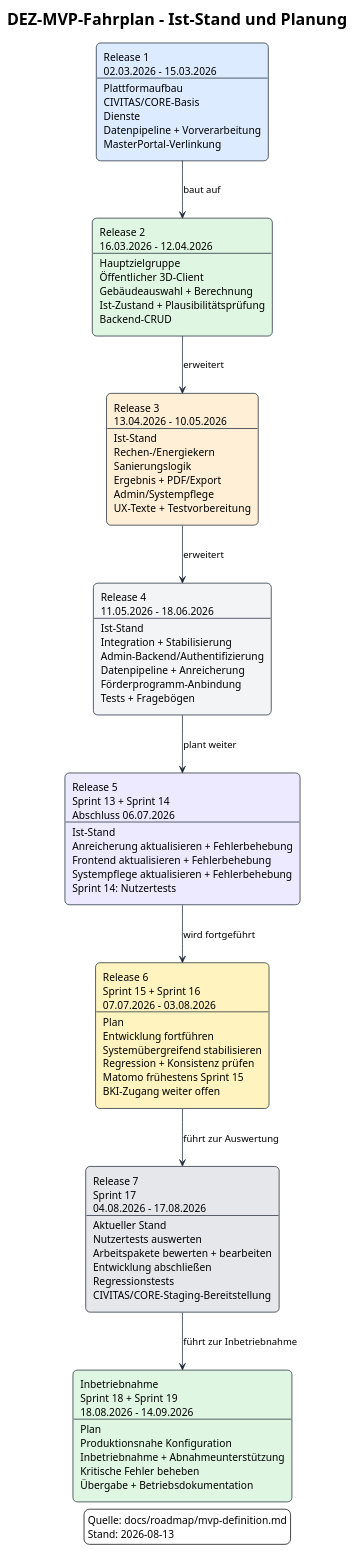
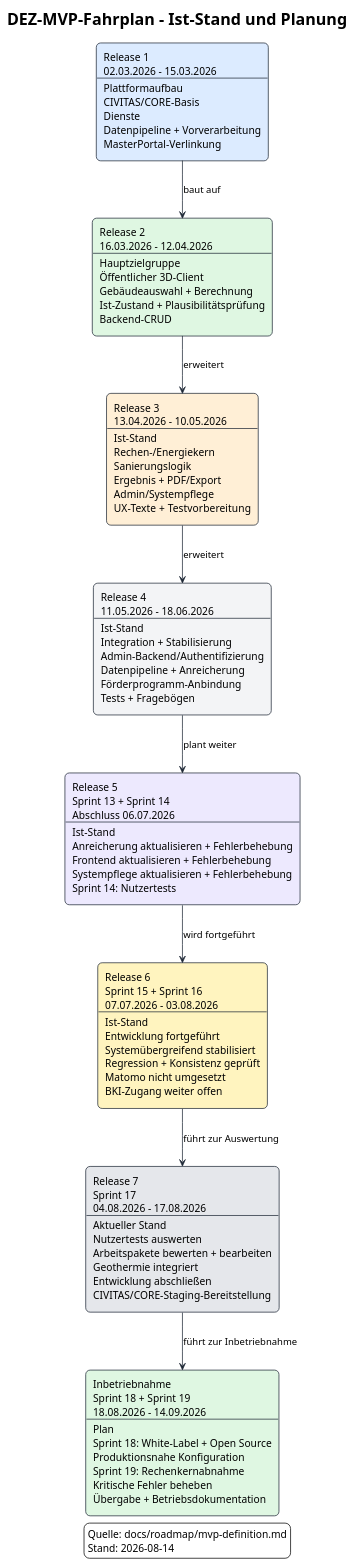
Before and after one commit to csi-FOXBYTE/Regensburg_DigitalerEnergieZwilling_Backend: the diagram in docs/roadmap/raw/mvp-roadmap.puml, drawn with PlantUML. The commit also changed 14 other files, not shown here.

Commit message:
docs: updated documentation and roadmap

```diff
--- a/docs/roadmap/raw/mvp-roadmap.puml
+++ b/docs/roadmap/raw/mvp-roadmap.puml
@@ -1,44 +1,44 @@
 @startuml
 !theme plain
 
 title DEZ-MVP-Fahrplan - Ist-Stand und Planung
 top to bottom direction
 
 skinparam shadowing false
 skinparam defaultFontName Arial
 skinparam rectangle {
   RoundCorner 12
   BorderColor #1F2937
 }
 skinparam ArrowColor #1F2937
 
 rectangle "Release 1\n02.03.2026 - 15.03.2026\n---\nPlattformaufbau\nCIVITAS/CORE-Basis\nDienste\nDatenpipeline + Vorverarbeitung\nMasterPortal-Verlinkung" as R1 #DCEBFF
 
 rectangle "Release 2\n16.03.2026 - 12.04.2026\n---\nHauptzielgruppe\nÖffentlicher 3D-Client\nGebäudeauswahl + Berechnung\nIst-Zustand + Plausibilitätsprüfung\nBackend-CRUD" as R2 #DFF7E2
 
 rectangle "Release 3\n13.04.2026 - 10.05.2026\n---\nIst-Stand\nRechen-/Energiekern\nSanierungslogik\nErgebnis + PDF/Export\nAdmin/Systempflege\nUX-Texte + Testvorbereitung" as R3 #FFEFD6
 
 rectangle "Release 4\n11.05.2026 - 18.06.2026\n---\nIst-Stand\nIntegration + Stabilisierung\nAdmin-Backend/Authentifizierung\nDatenpipeline + Anreicherung\nFörderprogramm-Anbindung\nTests + Fragebögen" as R4 #F3F4F6
 
 rectangle "Release 5\nSprint 13 + Sprint 14\nAbschluss 06.07.2026\n---\nIst-Stand\nAnreicherung aktualisieren + Fehlerbehebung\nFrontend aktualisieren + Fehlerbehebung\nSystempflege aktualisieren + Fehlerbehebung\nSprint 14: Nutzertests" as R5 #EDE9FE
 
-rectangle "Release 6\nSprint 15 + Sprint 16\n07.07.2026 - 03.08.2026\n---\nPlan\nEntwicklung fortführen\nSystemübergreifend stabilisieren\nRegression + Konsistenz prüfen\nMatomo frühestens Sprint 15\nBKI-Zugang weiter offen" as R6 #FFF4BF
+rectangle "Release 6\nSprint 15 + Sprint 16\n07.07.2026 - 03.08.2026\n---\nIst-Stand\nEntwicklung fortgeführt\nSystemübergreifend stabilisiert\nRegression + Konsistenz geprüft\nMatomo nicht umgesetzt\nBKI-Zugang weiter offen" as R6 #FFF4BF
 
-rectangle "Release 7\nSprint 17\n04.08.2026 - 17.08.2026\n---\nAktueller Stand\nNutzertests auswerten\nArbeitspakete bewerten + bearbeiten\nEntwicklung abschließen\nRegressionstests\nCIVITAS/CORE-Staging-Bereitstellung" as R7 #E5E7EB
+rectangle "Release 7\nSprint 17\n04.08.2026 - 17.08.2026\n---\nAktueller Stand\nNutzertests auswerten\nArbeitspakete bewerten + bearbeiten\nGeothermie integriert\nEntwicklung abschließen\nCIVITAS/CORE-Staging-Bereitstellung" as R7 #E5E7EB
 
-rectangle "Inbetriebnahme\nSprint 18 + Sprint 19\n18.08.2026 - 14.09.2026\n---\nPlan\nProduktionsnahe Konfiguration\nInbetriebnahme + Abnahmeunterstützung\nKritische Fehler beheben\nÜbergabe + Betriebsdokumentation" as IB #DFF7E2
+rectangle "Inbetriebnahme\nSprint 18 + Sprint 19\n18.08.2026 - 14.09.2026\n---\nPlan\nSprint 18: White-Label + Open Source\nProduktionsnahe Konfiguration\nSprint 19: Rechenkernabnahme\nKritische Fehler beheben\nÜbergabe + Betriebsdokumentation" as IB #DFF7E2
 
 R1 --> R2 : baut auf
 R2 --> R3 : erweitert
 R3 --> R4 : erweitert
 R4 --> R5 : plant weiter
 R5 --> R6 : wird fortgeführt
 R6 --> R7 : führt zur Auswertung
 R7 --> IB : führt zur Inbetriebnahme
 
 legend right
   Quelle: docs/roadmap/mvp-definition.md
-  Stand: 2026-08-13
+  Stand: 2026-08-14
 endlegend
 
 @enduml
```
